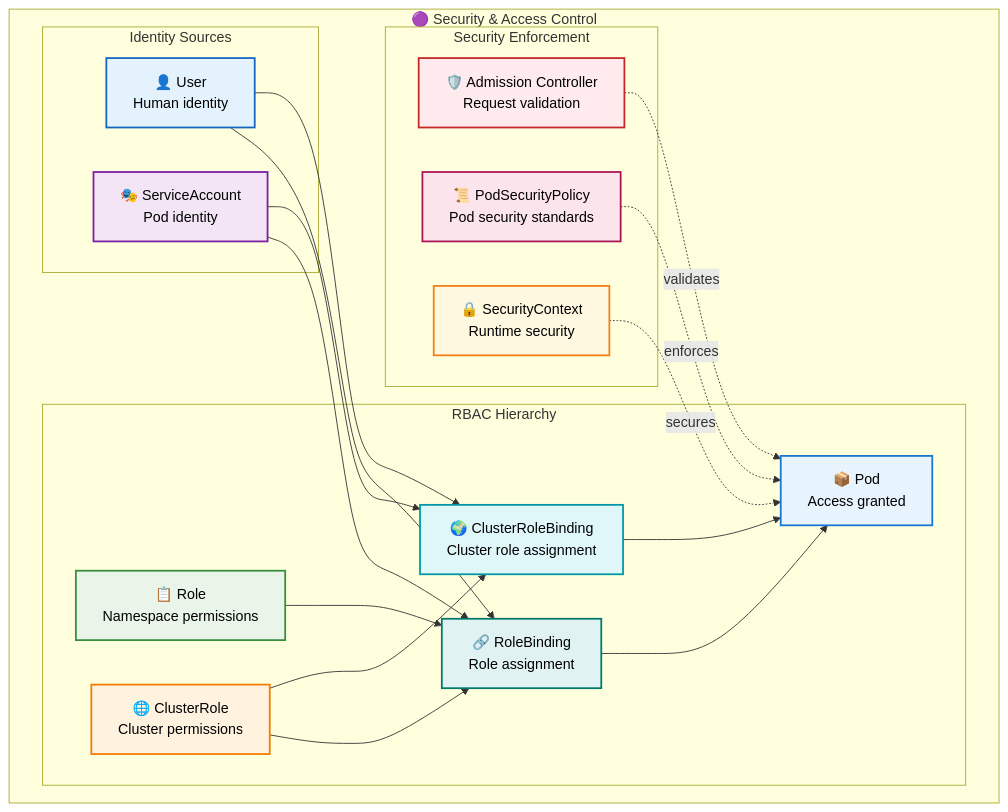
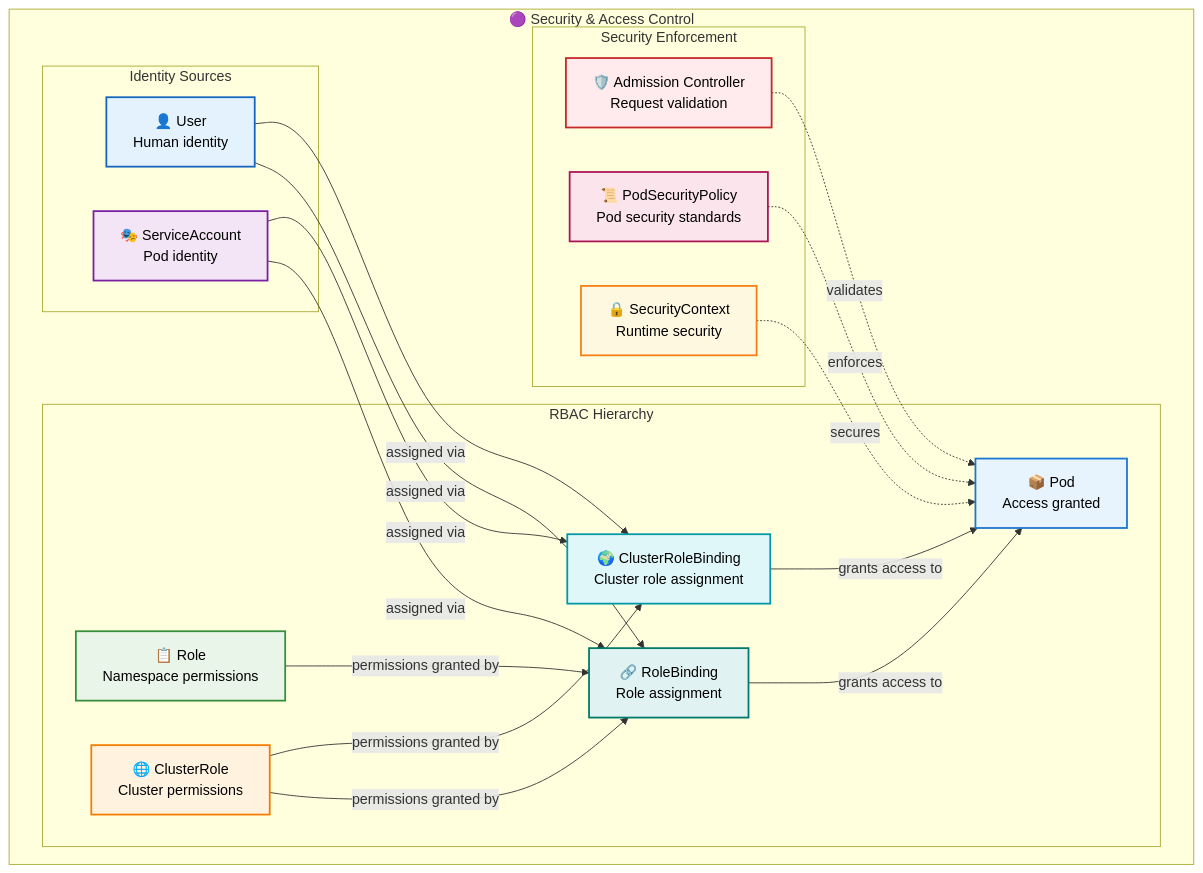
The sixth of 8 diagrams in 1.4_distributed_systems/kubernetes_developer_guide.md (razkevich/system_design_course), drawn with Mermaid before and after one commit. The commit also changed other lines of this file, not shown here.

````diff
--- a/1.4_distributed_systems/kubernetes_developer_guide.md
+++ b/1.4_distributed_systems/kubernetes_developer_guide.md
@@ -208,49 +208,49 @@
 ```mermaid
 flowchart TD
     subgraph "🟣 Security & Access Control"
         
         subgraph "Identity Sources"
             User["👤 User<br/>Human identity"]
             ServiceAccount["🎭 ServiceAccount<br/>Pod identity"]
         end
         
         subgraph "RBAC Hierarchy"
             Role["📋 Role<br/>Namespace permissions"]
             ClusterRole["🌐 ClusterRole<br/>Cluster permissions"]
             RoleBinding["🔗 RoleBinding<br/>Role assignment"]
             ClusterRoleBinding["🌍 ClusterRoleBinding<br/>Cluster role assignment"]
             SecurityPod["📦 Pod<br/>Access granted"]
             
-            User --> RoleBinding
-            User --> ClusterRoleBinding
-            ServiceAccount --> RoleBinding
-            ServiceAccount --> ClusterRoleBinding
-            Role --> RoleBinding
-            ClusterRole --> RoleBinding
-            ClusterRole --> ClusterRoleBinding
-            RoleBinding --> SecurityPod
-            ClusterRoleBinding --> SecurityPod
+            User -->|"assigned via"| RoleBinding
+            User -->|"assigned via"| ClusterRoleBinding
+            ServiceAccount -->|"assigned via"| RoleBinding
+            ServiceAccount -->|"assigned via"| ClusterRoleBinding
+            Role -->|"permissions granted by"| RoleBinding
+            ClusterRole -->|"permissions granted by"| RoleBinding
+            ClusterRole -->|"permissions granted by"| ClusterRoleBinding
+            RoleBinding -->|"grants access to"| SecurityPod
+            ClusterRoleBinding -->|"grants access to"| SecurityPod
         end
         
         subgraph "Security Enforcement"
             AdmissionController["🛡️ Admission Controller<br/>Request validation"]
             PodSecurityPolicy["📜 PodSecurityPolicy<br/>Pod security standards"]
             SecurityContext["🔒 SecurityContext<br/>Runtime security"]
             
             AdmissionController -.->|"validates"| SecurityPod
             PodSecurityPolicy -.->|"enforces"| SecurityPod
             SecurityContext -.->|"secures"| SecurityPod
         end
     end
     
     style SecurityPod fill:#e8f4fd,stroke:#1976d2,stroke-width:2px,color:#000
     style User fill:#e3f2fd,stroke:#1565c0,stroke-width:2px,color:#000
     style ServiceAccount fill:#f3e5f5,stroke:#7b1fa2,stroke-width:2px,color:#000
     style Role fill:#e8f5e8,stroke:#388e3c,stroke-width:2px,color:#000
     style ClusterRole fill:#fff3e0,stroke:#f57c00,stroke-width:2px,color:#000
     style RoleBinding fill:#e0f2f1,stroke:#00796b,stroke-width:2px,color:#000
     style ClusterRoleBinding fill:#e0f7fa,stroke:#0097a7,stroke-width:2px,color:#000
     style AdmissionController fill:#ffebee,stroke:#c62828,stroke-width:2px,color:#000
     style PodSecurityPolicy fill:#fce4ec,stroke:#ad1457,stroke-width:2px,color:#000
     style SecurityContext fill:#fff8e1,stroke:#f57f17,stroke-width:2px,color:#000
 ```
````
